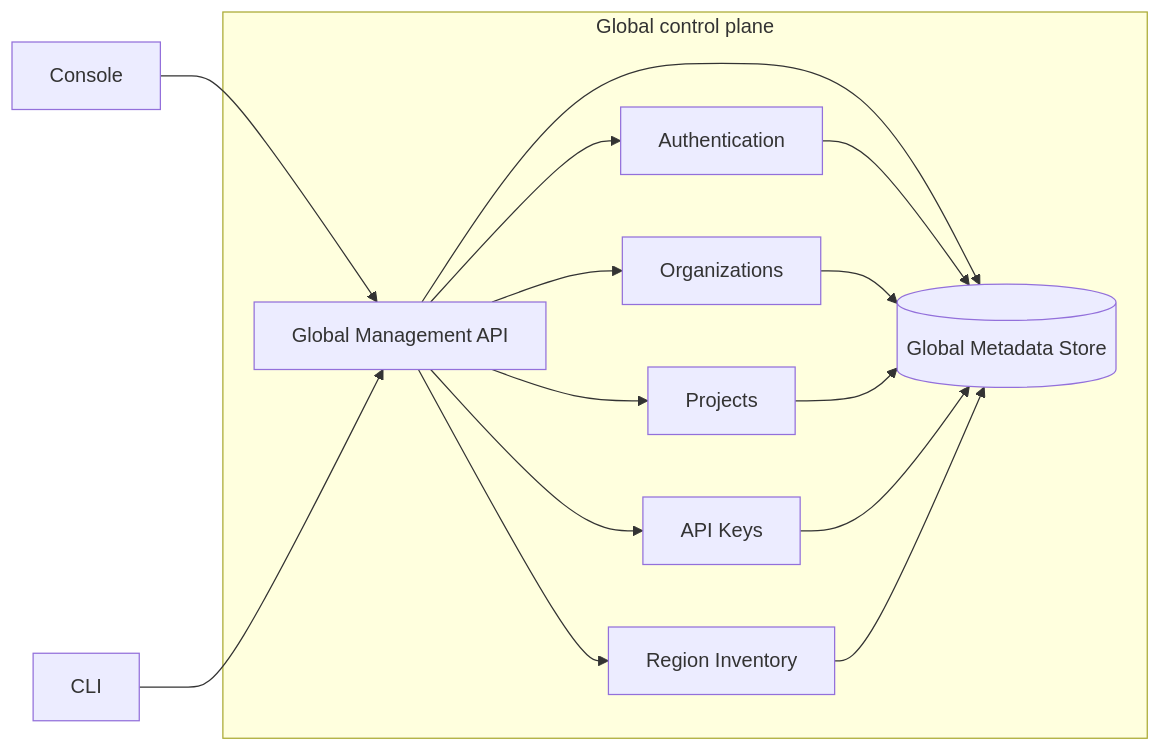
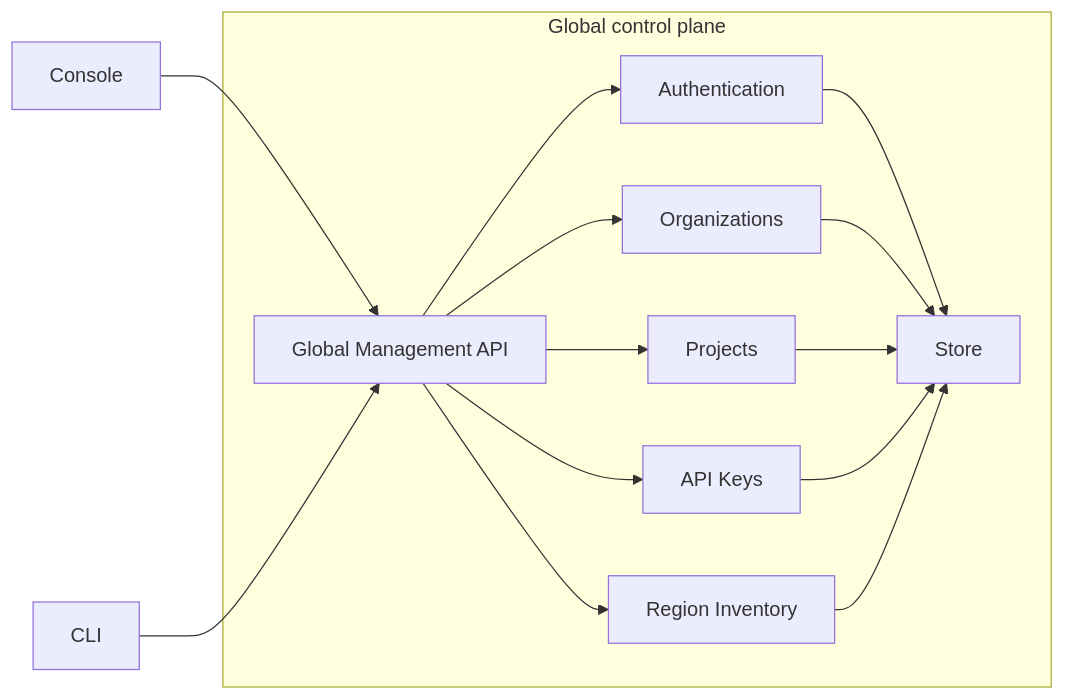
Before and after one commit to topk-io/topk: the second of 7 diagrams in docs/architecture.mdx, drawn with Mermaid. The commit also changed other lines of this file, not shown here.

````diff
--- a/docs/architecture.mdx
+++ b/docs/architecture.mdx
@@ -129,20 +113,19 @@
 ```mermaid
 flowchart LR
     Console[Console] --> GlobalAPI[Global Management API]
     CLI[CLI] --> GlobalAPI
 
     subgraph Global[Global control plane]
         GlobalAPI --> Auth[Authentication]
         GlobalAPI --> Orgs[Organizations]
         GlobalAPI --> Projects[Projects]
         GlobalAPI --> Keys[API Keys]
         GlobalAPI --> Regions[Region Inventory]
-        GlobalAPI --> Store[(Global Metadata Store)]
 
         Auth --> Store
         Orgs --> Store
         Projects --> Store
         Keys --> Store
         Regions --> Store
     end
 ```
````
